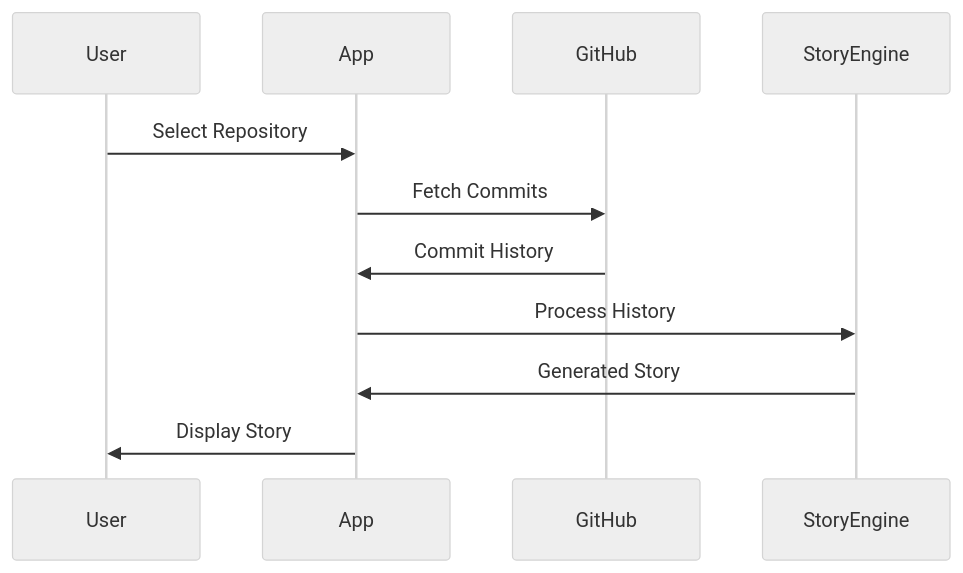
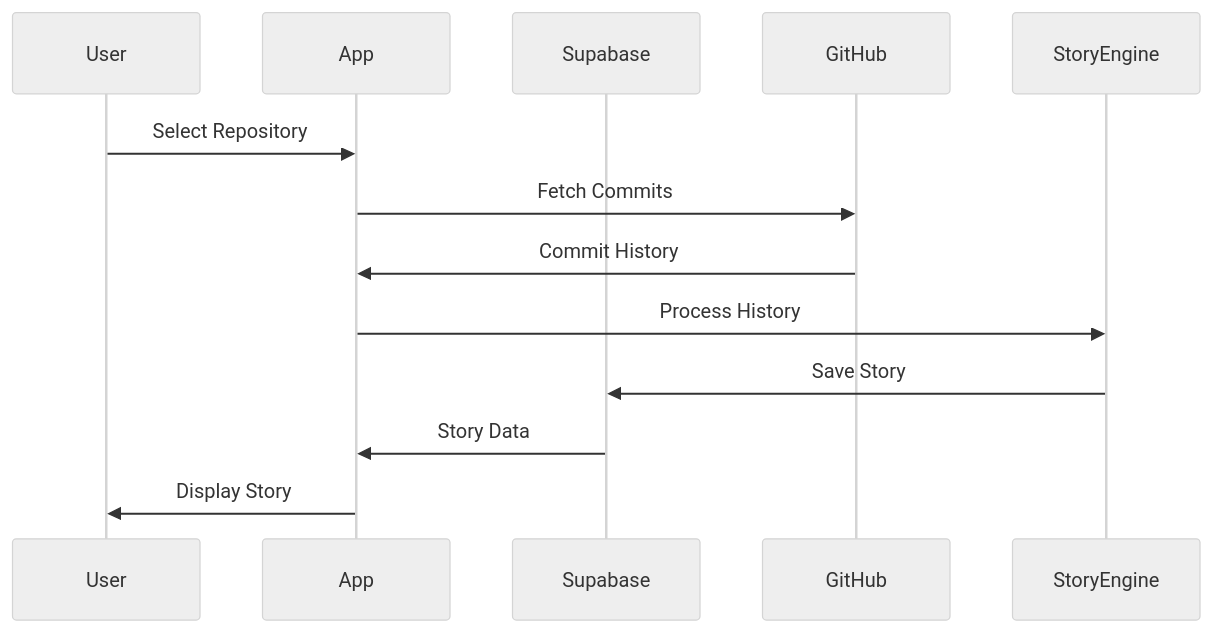
Before and after one commit to marcstampfli/gitfables: the second of 2 diagrams in docs/architecture.md, drawn with Mermaid (neutral theme). The commit also changed other lines of this file and 7 other files, not shown here.

````diff
--- a/docs/architecture.md
+++ b/docs/architecture.md
@@ -65,14 +59,16 @@
    ```mermaid
    sequenceDiagram
    participant User
    participant App
+   participant Supabase
    participant GitHub
    participant StoryEngine
 
    User->>App: Select Repository
    App->>GitHub: Fetch Commits
    GitHub->>App: Commit History
    App->>StoryEngine: Process History
-   StoryEngine->>App: Generated Story
+   StoryEngine->>Supabase: Save Story
+   Supabase->>App: Story Data
    App->>User: Display Story
    ```
````
